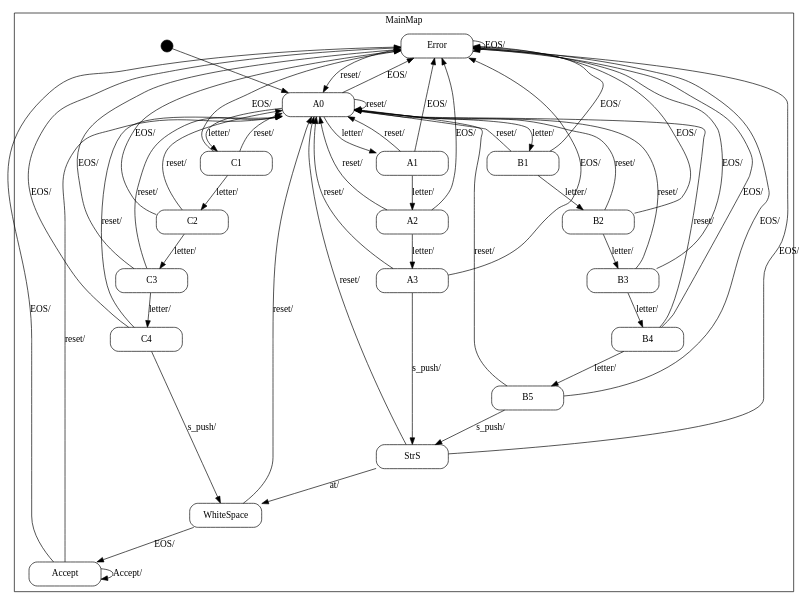
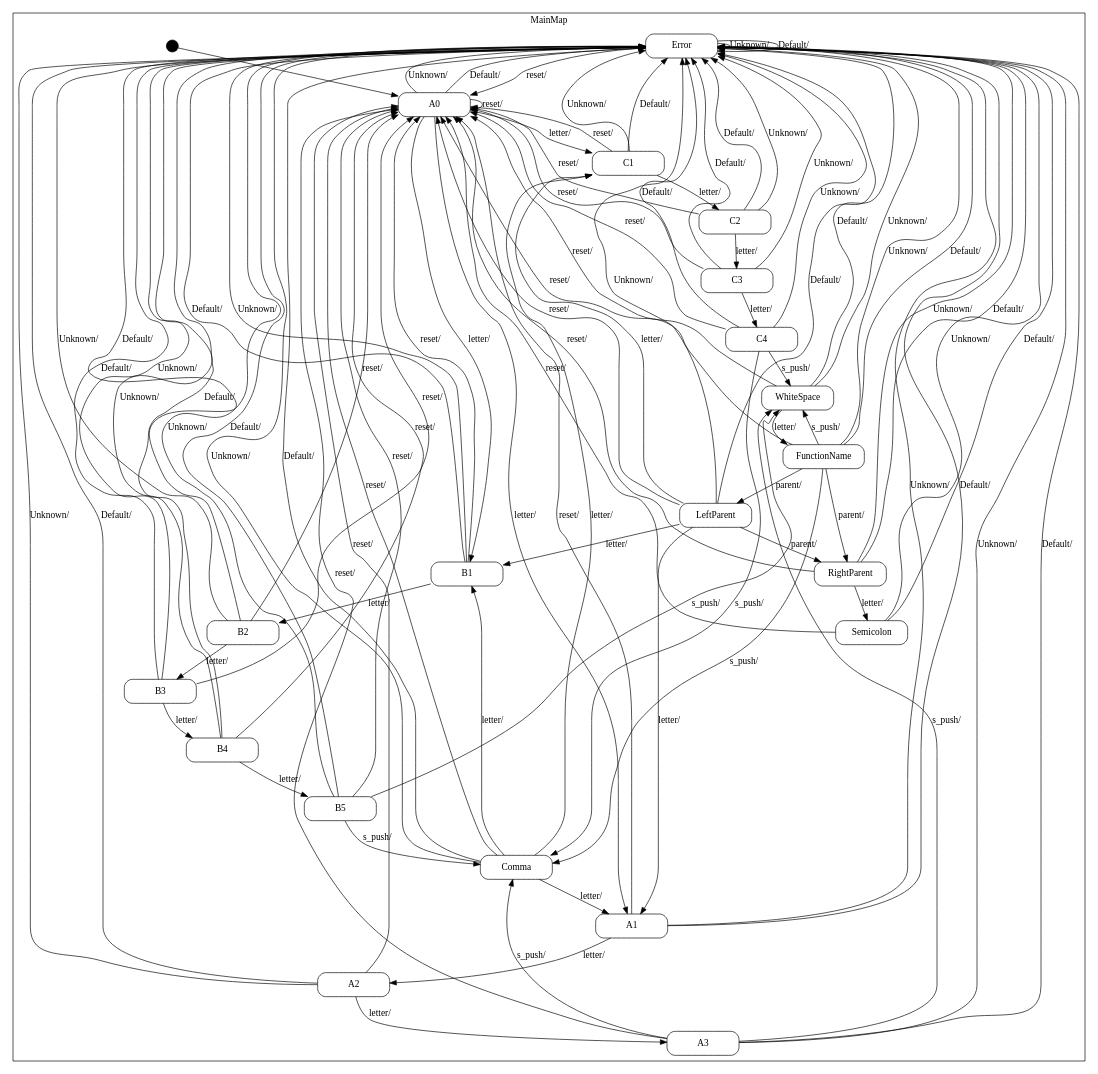
The diagram in recognizer_sm.dot (qwamm/automata_theory), drawn with Graphviz before and after one commit. The commit also changed 8 other files, not shown here.

```diff
--- a/recognizer_sm.dot
+++ b/recognizer_sm.dot
@@ -13,9 +13,6 @@
 
         "MainMap::Error"
             [label="{Error}"];
-
-        "MainMap::Accept"
-            [label="{Accept}"];
 
         "MainMap::A0"
             [label="{A0}"];
@@ -56,11 +53,23 @@
         "MainMap::C4"
             [label="{C4}"];
 
-        "MainMap::StrS"
-            [label="{StrS}"];
+        "MainMap::Comma"
+            [label="{Comma}"];
 
         "MainMap::WhiteSpace"
             [label="{WhiteSpace}"];
+
+        "MainMap::FunctionName"
+            [label="{FunctionName}"];
+
+        "MainMap::LeftParent"
+            [label="{LeftParent}"];
+
+        "MainMap::RightParent"
+            [label="{RightParent}"];
+
+        "MainMap::Semicolon"
+            [label="{Semicolon}"];
 
         "%start"
             [label="" shape=circle style=filled fillcolor=black width=0.25];
@@ -73,16 +82,10 @@
             [label="reset/\l"];
 
         "MainMap::Error" -> "MainMap::Error"
-            [label="EOS/\l"];
+            [label="Unknown/\l"];
 
-        "MainMap::Accept" -> "MainMap::Accept"
-            [label="Accept/\l"];
-
-        "MainMap::Accept" -> "MainMap::A0"
-            [label="reset/\l"];
-
-        "MainMap::Accept" -> "MainMap::Error"
-            [label="EOS/\l"];
+        "MainMap::Error" -> "MainMap::Error"
+            [label="Default/\l"];
 
         "MainMap::A0" -> "MainMap::A1"
             [label="letter/\l"];
@@ -97,7 +100,10 @@
             [label="reset/\l"];
 
         "MainMap::A0" -> "MainMap::Error"
-            [label="EOS/\l"];
+            [label="Unknown/\l"];
+
+        "MainMap::A0" -> "MainMap::Error"
+            [label="Default/\l"];
 
         "MainMap::A1" -> "MainMap::A2"
             [label="letter/\l"];
@@ -106,7 +112,10 @@
             [label="reset/\l"];
 
         "MainMap::A1" -> "MainMap::Error"
-            [label="EOS/\l"];
+            [label="Unknown/\l"];
+
+        "MainMap::A1" -> "MainMap::Error"
+            [label="Default/\l"];
 
         "MainMap::A2" -> "MainMap::A3"
             [label="letter/\l"];
@@ -115,16 +124,25 @@
             [label="reset/\l"];
 
         "MainMap::A2" -> "MainMap::Error"
-            [label="EOS/\l"];
+            [label="Unknown/\l"];
 
-        "MainMap::A3" -> "MainMap::StrS"
+        "MainMap::A2" -> "MainMap::Error"
+            [label="Default/\l"];
+
+        "MainMap::A3" -> "MainMap::WhiteSpace"
+            [label="s_push/\l"];
+
+        "MainMap::A3" -> "MainMap::Comma"
             [label="s_push/\l"];
 
         "MainMap::A3" -> "MainMap::A0"
             [label="reset/\l"];
 
         "MainMap::A3" -> "MainMap::Error"
-            [label="EOS/\l"];
+            [label="Unknown/\l"];
+
+        "MainMap::A3" -> "MainMap::Error"
+            [label="Default/\l"];
 
         "MainMap::B1" -> "MainMap::B2"
             [label="letter/\l"];
@@ -133,7 +151,10 @@
             [label="reset/\l"];
 
         "MainMap::B1" -> "MainMap::Error"
-            [label="EOS/\l"];
+            [label="Unknown/\l"];
+
+        "MainMap::B1" -> "MainMap::Error"
+            [label="Default/\l"];
 
         "MainMap::B2" -> "MainMap::B3"
             [label="letter/\l"];
@@ -142,7 +163,10 @@
             [label="reset/\l"];
 
         "MainMap::B2" -> "MainMap::Error"
-            [label="EOS/\l"];
+            [label="Unknown/\l"];
+
+        "MainMap::B2" -> "MainMap::Error"
+            [label="Default/\l"];
 
         "MainMap::B3" -> "MainMap::B4"
             [label="letter/\l"];
@@ -151,7 +175,10 @@
             [label="reset/\l"];
 
         "MainMap::B3" -> "MainMap::Error"
-            [label="EOS/\l"];
+            [label="Unknown/\l"];
+
+        "MainMap::B3" -> "MainMap::Error"
+            [label="Default/\l"];
 
         "MainMap::B4" -> "MainMap::B5"
             [label="letter/\l"];
@@ -160,16 +187,25 @@
             [label="reset/\l"];
 
         "MainMap::B4" -> "MainMap::Error"
-            [label="EOS/\l"];
+            [label="Unknown/\l"];
 
-        "MainMap::B5" -> "MainMap::StrS"
+        "MainMap::B4" -> "MainMap::Error"
+            [label="Default/\l"];
+
+        "MainMap::B5" -> "MainMap::WhiteSpace"
+            [label="s_push/\l"];
+
+        "MainMap::B5" -> "MainMap::Comma"
             [label="s_push/\l"];
 
         "MainMap::B5" -> "MainMap::A0"
             [label="reset/\l"];
 
         "MainMap::B5" -> "MainMap::Error"
-            [label="EOS/\l"];
+            [label="Unknown/\l"];
+
+        "MainMap::B5" -> "MainMap::Error"
+            [label="Default/\l"];
 
         "MainMap::C1" -> "MainMap::C2"
             [label="letter/\l"];
@@ -178,7 +214,10 @@
             [label="reset/\l"];
 
         "MainMap::C1" -> "MainMap::Error"
-            [label="EOS/\l"];
+            [label="Unknown/\l"];
+
+        "MainMap::C1" -> "MainMap::Error"
+            [label="Default/\l"];
 
         "MainMap::C2" -> "MainMap::C3"
             [label="letter/\l"];
@@ -187,7 +226,10 @@
             [label="reset/\l"];
 
         "MainMap::C2" -> "MainMap::Error"
-            [label="EOS/\l"];
+            [label="Unknown/\l"];
+
+        "MainMap::C2" -> "MainMap::Error"
+            [label="Default/\l"];
 
         "MainMap::C3" -> "MainMap::C4"
             [label="letter/\l"];
@@ -196,31 +238,118 @@
             [label="reset/\l"];
 
         "MainMap::C3" -> "MainMap::Error"
-            [label="EOS/\l"];
+            [label="Unknown/\l"];
+
+        "MainMap::C3" -> "MainMap::Error"
+            [label="Default/\l"];
 
         "MainMap::C4" -> "MainMap::WhiteSpace"
+            [label="s_push/\l"];
+
+        "MainMap::C4" -> "MainMap::Comma"
             [label="s_push/\l"];
 
         "MainMap::C4" -> "MainMap::A0"
             [label="reset/\l"];
 
         "MainMap::C4" -> "MainMap::Error"
-            [label="EOS/\l"];
+            [label="Unknown/\l"];
 
-        "MainMap::StrS" -> "MainMap::WhiteSpace"
-            [label="at/\l"];
+        "MainMap::C4" -> "MainMap::Error"
+            [label="Default/\l"];
 
-        "MainMap::StrS" -> "MainMap::A0"
+        "MainMap::Comma" -> "MainMap::A1"
+            [label="letter/\l"];
+
+        "MainMap::Comma" -> "MainMap::B1"
+            [label="letter/\l"];
+
+        "MainMap::Comma" -> "MainMap::C1"
+            [label="letter/\l"];
+
+        "MainMap::Comma" -> "MainMap::A0"
             [label="reset/\l"];
 
-        "MainMap::StrS" -> "MainMap::Error"
-            [label="EOS/\l"];
+        "MainMap::Comma" -> "MainMap::Error"
+            [label="Unknown/\l"];
 
-        "MainMap::WhiteSpace" -> "MainMap::Accept"
-            [label="EOS/\l"];
+        "MainMap::Comma" -> "MainMap::Error"
+            [label="Default/\l"];
+
+        "MainMap::WhiteSpace" -> "MainMap::FunctionName"
+            [label="letter/\l"];
 
         "MainMap::WhiteSpace" -> "MainMap::A0"
             [label="reset/\l"];
+
+        "MainMap::WhiteSpace" -> "MainMap::Error"
+            [label="Unknown/\l"];
+
+        "MainMap::WhiteSpace" -> "MainMap::Error"
+            [label="Default/\l"];
+
+        "MainMap::FunctionName" -> "MainMap::LeftParent"
+            [label="parent/\l"];
+
+        "MainMap::FunctionName" -> "MainMap::RightParent"
+            [label="parent/\l"];
+
+        "MainMap::FunctionName" -> "MainMap::WhiteSpace"
+            [label="s_push/\l"];
+
+        "MainMap::FunctionName" -> "MainMap::Comma"
+            [label="s_push/\l"];
+
+        "MainMap::FunctionName" -> "MainMap::A0"
+            [label="reset/\l"];
+
+        "MainMap::FunctionName" -> "MainMap::Error"
+            [label="Unknown/\l"];
+
+        "MainMap::FunctionName" -> "MainMap::Error"
+            [label="Default/\l"];
+
+        "MainMap::LeftParent" -> "MainMap::A1"
+            [label="letter/\l"];
+
+        "MainMap::LeftParent" -> "MainMap::B1"
+            [label="letter/\l"];
+
+        "MainMap::LeftParent" -> "MainMap::C1"
+            [label="letter/\l"];
+
+        "MainMap::LeftParent" -> "MainMap::RightParent"
+            [label="parent/\l"];
+
+        "MainMap::LeftParent" -> "MainMap::A0"
+            [label="reset/\l"];
+
+        "MainMap::LeftParent" -> "MainMap::Error"
+            [label="Unknown/\l"];
+
+        "MainMap::LeftParent" -> "MainMap::Error"
+            [label="Default/\l"];
+
+        "MainMap::RightParent" -> "MainMap::Semicolon"
+            [label="letter/\l"];
+
+        "MainMap::RightParent" -> "MainMap::A0"
+            [label="reset/\l"];
+
+        "MainMap::RightParent" -> "MainMap::Error"
+            [label="Unknown/\l"];
+
+        "MainMap::RightParent" -> "MainMap::Error"
+            [label="Default/\l"];
+
+        "MainMap::Semicolon" -> "MainMap::A0"
+            [label="reset/\l"];
+
+        "MainMap::Semicolon" -> "MainMap::Error"
+            [label="Unknown/\l"];
+
+        "MainMap::Semicolon" -> "MainMap::Error"
+            [label="Default/\l"];
 
         "%start" -> "MainMap::A0"
     }
```
